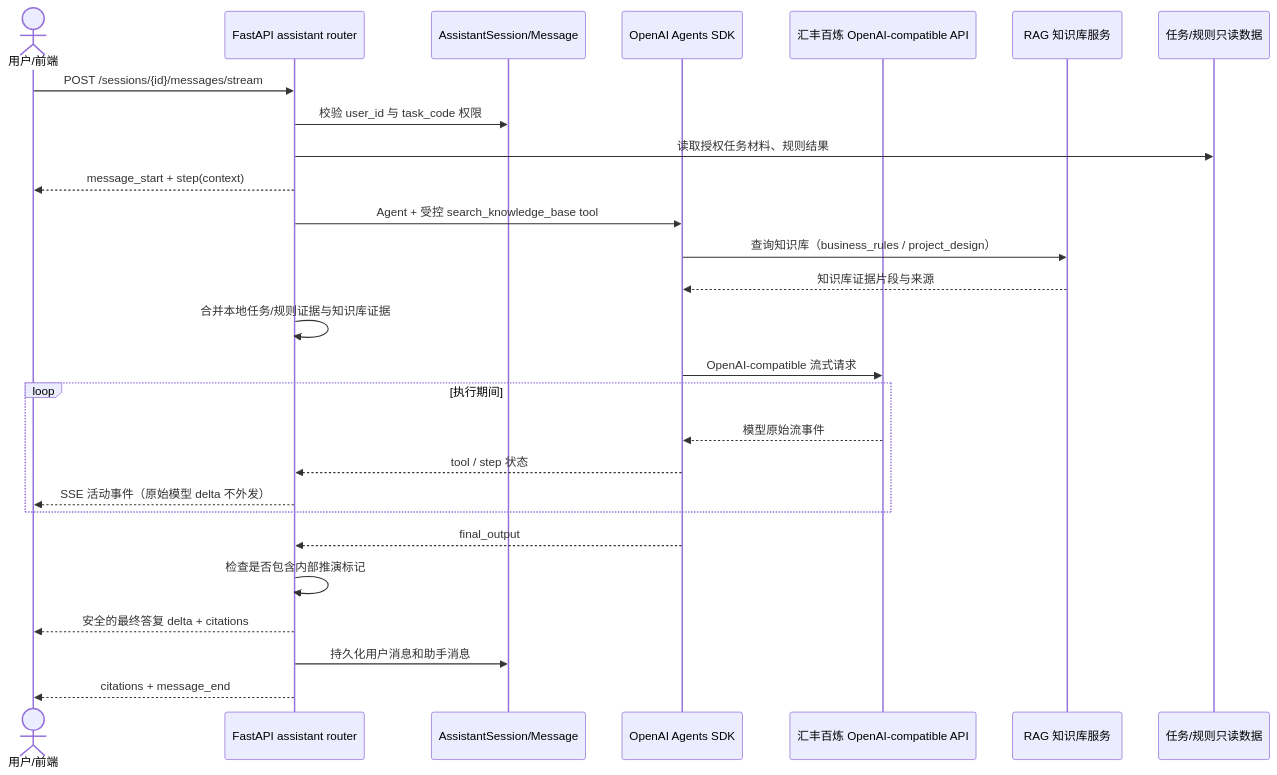
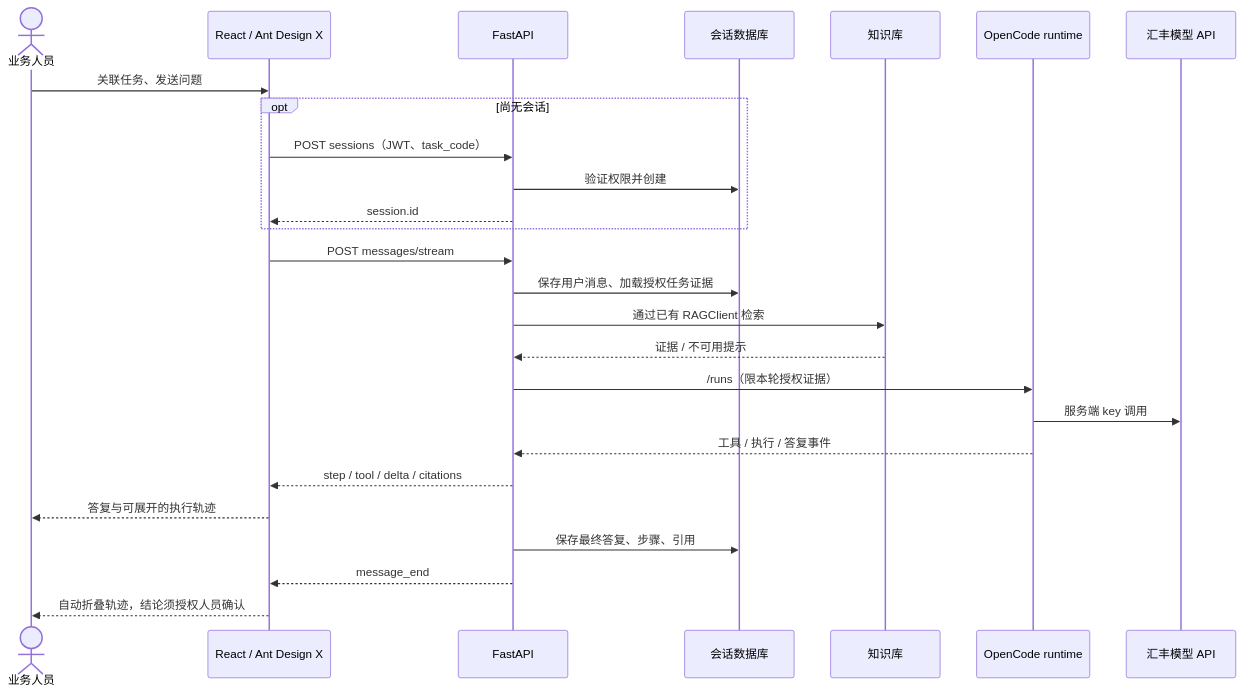
The second of 2 diagrams in docs/ai-assistant/README.md (HBCN-AI-Campaign/HBCN-AI-Campaign-Team8), drawn with Mermaid before and after one commit. The commit also changed other lines of this file and 21 other files, not shown here.

Commit message:
assistant: 完成 React 迁移并接入 Ant Design X 交互

````diff
--- a/docs/ai-assistant/README.md
+++ b/docs/ai-assistant/README.md
@@ -92,30 +61,28 @@
 ```mermaid
 sequenceDiagram
-    actor U as 用户/前端
-    participant API as FastAPI assistant router
-    participant DB as AssistantSession/Message
-    participant Agent as OpenAI Agents SDK
-    participant GW as 汇丰百炼 OpenAI-compatible API
-    participant RAG as RAG 知识库服务
-    participant Task as 任务/规则只读数据
-
-    U->>API: POST /sessions/{id}/messages/stream
-    API->>DB: 校验 user_id 与 task_code 权限
-    API->>Task: 读取授权任务材料、规则结果
-    API-->>U: message_start + step(context)
-    API->>Agent: Agent + 受控 search_knowledge_base tool
-    Agent->>RAG: 查询知识库（business_rules / project_design）
-    RAG-->>Agent: 知识库证据片段与来源
-    API->>API: 合并本地任务/规则证据与知识库证据
-    Agent->>GW: OpenAI-compatible 流式请求
-    loop 执行期间
-        GW-->>Agent: 模型原始流事件
-        Agent-->>API: tool / step 状态
-        API-->>U: SSE 活动事件（原始模型 delta 不外发）
-    end
-    Agent-->>API: final_output
-    API->>API: 检查是否包含内部推演标记
-    API-->>U: 安全的最终答复 delta + citations
-    API->>DB: 持久化用户消息和助手消息
-    API-->>U: citations + message_end
+  actor User as 业务人员
+  participant UI as React / Ant Design X
+  participant API as FastAPI
+  participant DB as 会话数据库
+  participant RAG as 知识库
+  participant RT as OpenCode runtime
+  participant LLM as 汇丰模型 API
+  User->>UI: 关联任务、发送问题
+  opt 尚无会话
+    UI->>API: POST sessions（JWT、task_code）
+    API->>DB: 验证权限并创建
+    API-->>UI: session.id
+  end
+  UI->>API: POST messages/stream
+  API->>DB: 保存用户消息、加载授权任务证据
+  API->>RAG: 通过已有 RAGClient 检索
+  RAG-->>API: 证据 / 不可用提示
+  API->>RT: /runs（限本轮授权证据）
+  RT->>LLM: 服务端 key 调用
+  RT-->>API: 工具 / 执行 / 答复事件
+  API-->>UI: step / tool / delta / citations
+  UI-->>User: 答复与可展开的执行轨迹
+  API->>DB: 保存最终答复、步骤、引用
+  API-->>UI: message_end
+  UI-->>User: 自动折叠轨迹，结论须授权人员确认
 ```
````
